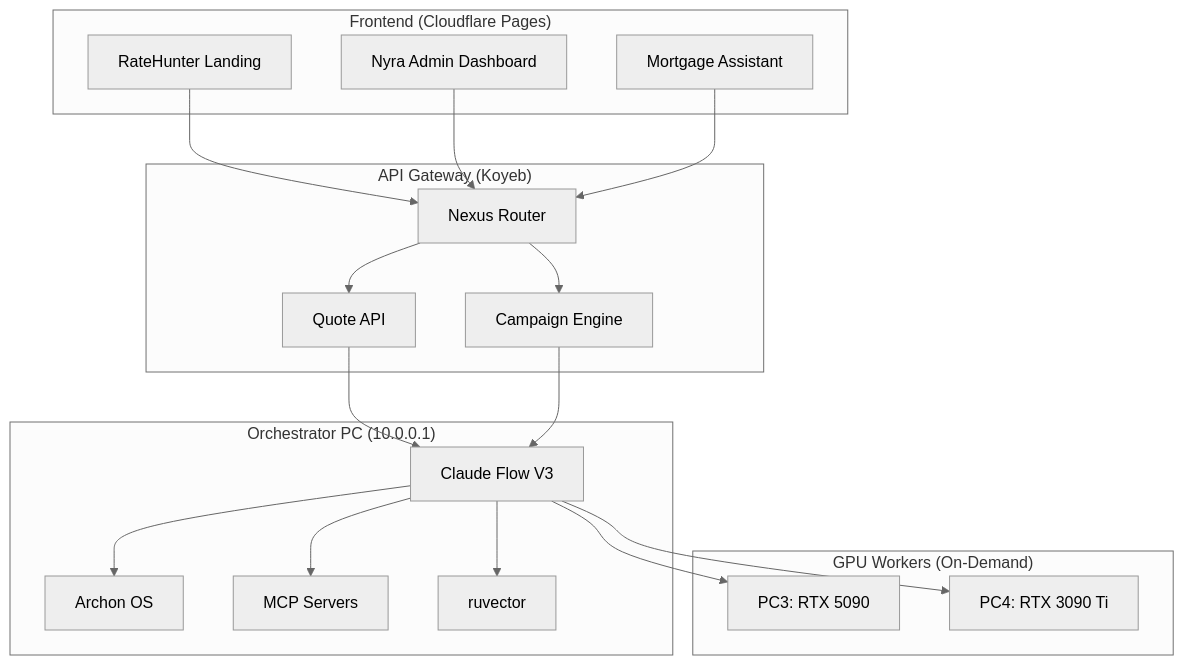
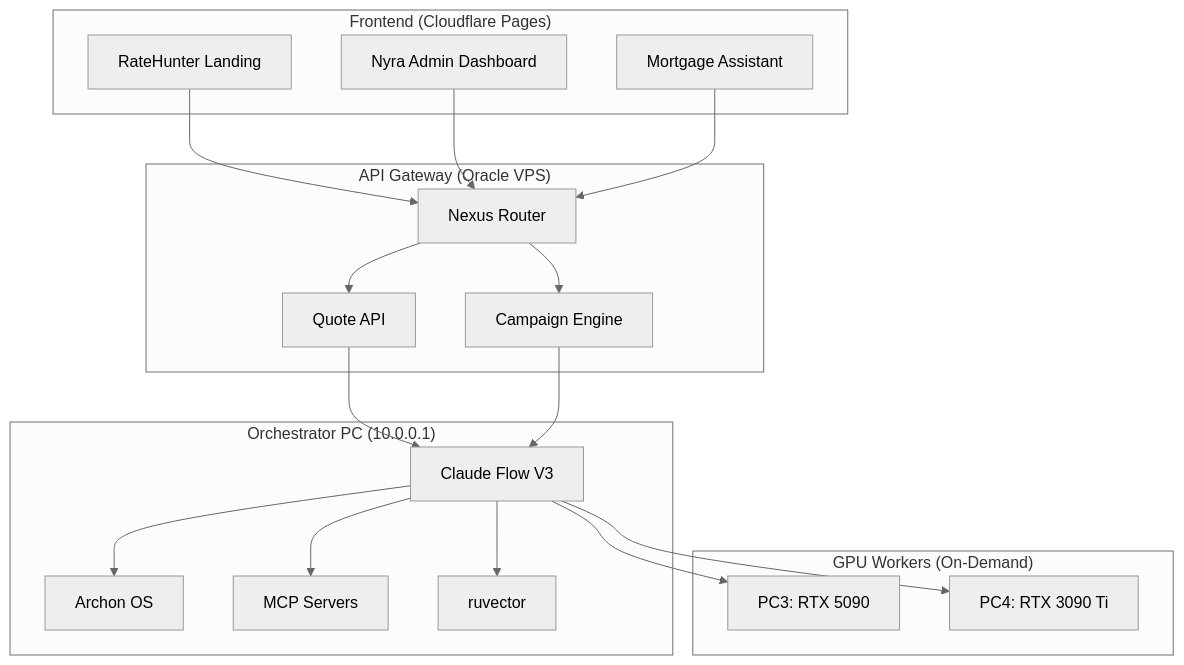
Before and after one commit to ellisapotheosis/Project-Nyra: the diagram in docs/architecture/REPOSITORY-ARCHITECTURE-ANALYSIS.md, drawn with Mermaid (neutral theme). The commit also changed other lines of this file and 98 other files, not shown here.

Commit message:
chore: remove casistack/koyeb references and add Oracle VPS deployment path

````diff
--- a/docs/architecture/REPOSITORY-ARCHITECTURE-ANALYSIS.md
+++ b/docs/architecture/REPOSITORY-ARCHITECTURE-ANALYSIS.md
@@ -622,39 +622,39 @@
    ```mermaid
    graph TB
      subgraph "Frontend (Cloudflare Pages)"
        A[RateHunter Landing]
        B[Nyra Admin Dashboard]
        C[Mortgage Assistant]
      end
 
-     subgraph "API Gateway (Koyeb)"
+     subgraph "API Gateway (Oracle VPS)"
        D[Nexus Router]
        E[Quote API]
        F[Campaign Engine]
      end
 
      subgraph "Orchestrator PC (10.0.0.1)"
        G[Claude Flow V3]
        H[Archon OS]
        I[MCP Servers]
        J[ruvector]
      end
 
      subgraph "GPU Workers (On-Demand)"
        K[PC3: RTX 5090]
        L[PC4: RTX 3090 Ti]
      end
 
      A --> D
      B --> D
      C --> D
      D --> E
      D --> F
      E --> G
      F --> G
      G --> H
      G --> I
      G --> J
      G --> K
      G --> L
    ```
````
